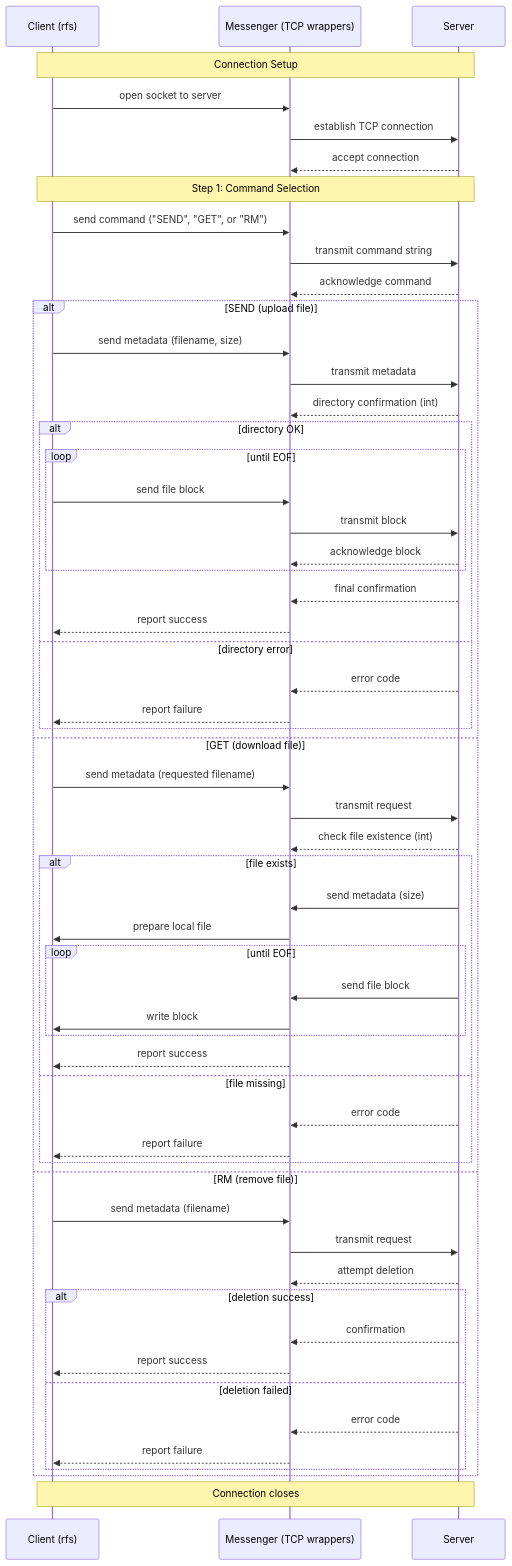
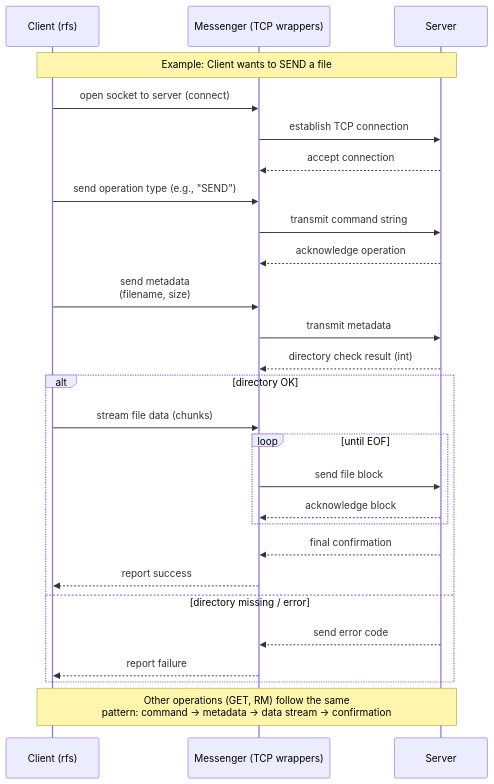
The diagram in README.md (Halophilus/Deep-C-Diving), drawn with Mermaid before and after one commit. The commit also changed other lines of this file, not shown here.

Commit message:
Test alternate readme

````diff
--- a/README.md
+++ b/README.md
@@ -229,67 +229,35 @@
 ```mermaid
 sequenceDiagram
-participant C as Client (rfs)
-participant M as Messenger (TCP wrappers)
-participant S as Server
+    participant C as Client (rfs)
+    participant M as Messenger (TCP wrappers)
+    participant S as Server
 
-    Note over C,S: Connection Setup
-    C->>M: open socket to server
+    Note over C,S: Example: Client wants to SEND a file
+
+    C->>M: open socket to server (connect)
     M->>S: establish TCP connection
     S-->>M: accept connection
 
-    Note over C,S: Step 1: Command Selection
-    C->>M: send command ("SEND", "GET", or "RM")
+    C->>M: send operation type (e.g., "SEND")
     M->>S: transmit command string
-    S-->>M: acknowledge command
+    S-->>M: acknowledge operation
 
-    alt SEND (upload file)
-        C->>M: send metadata (filename, size)
-        M->>S: transmit metadata
-        S-->>M: directory confirmation (int)
+    C->>M: send metadata<br/>(filename, size)
+    M->>S: transmit metadata
+    S-->>M: directory check result (int)
 
-        alt directory OK
-            loop until EOF
-                C->>M: send file block
-                M->>S: transmit block
-                S-->>M: acknowledge block
-            end
-            S-->>M: final confirmation
-            M-->>C: report success
-        else directory error
-            S-->>M: error code
-            M-->>C: report failure
+    alt directory OK
+        C->>M: stream file data (chunks)
+        loop until EOF
+            M->>S: send file block
+            S-->>M: acknowledge block
         end
-
-    else GET (download file)
-        C->>M: send metadata (requested filename)
-        M->>S: transmit request
-        S-->>M: check file existence (int)
-
-        alt file exists
-            S->>M: send metadata (size)
-            M->>C: prepare local file
-            loop until EOF
-                S->>M: send file block
-                M->>C: write block
-            end
-            M-->>C: report success
-        else file missing
-            S-->>M: error code
-            M-->>C: report failure
-        end
-
-    else RM (remove file)
-        C->>M: send metadata (filename)
-        M->>S: transmit request
-        S-->>M: attempt deletion
-        alt deletion success
-            S-->>M: confirmation
-            M-->>C: report success
-        else deletion failed
-            S-->>M: error code
-            M-->>C: report failure
-        end
+        S-->>M: final confirmation
+        M-->>C: report success
+    else directory missing / error
+        S-->>M: send error code
+        M-->>C: report failure
     end
 
-    Note over C,S: Connection closes
+    Note over C,S: Other operations (GET, RM) follow the same<br/>pattern: command → metadata → data stream → confirmation
 ```
````
